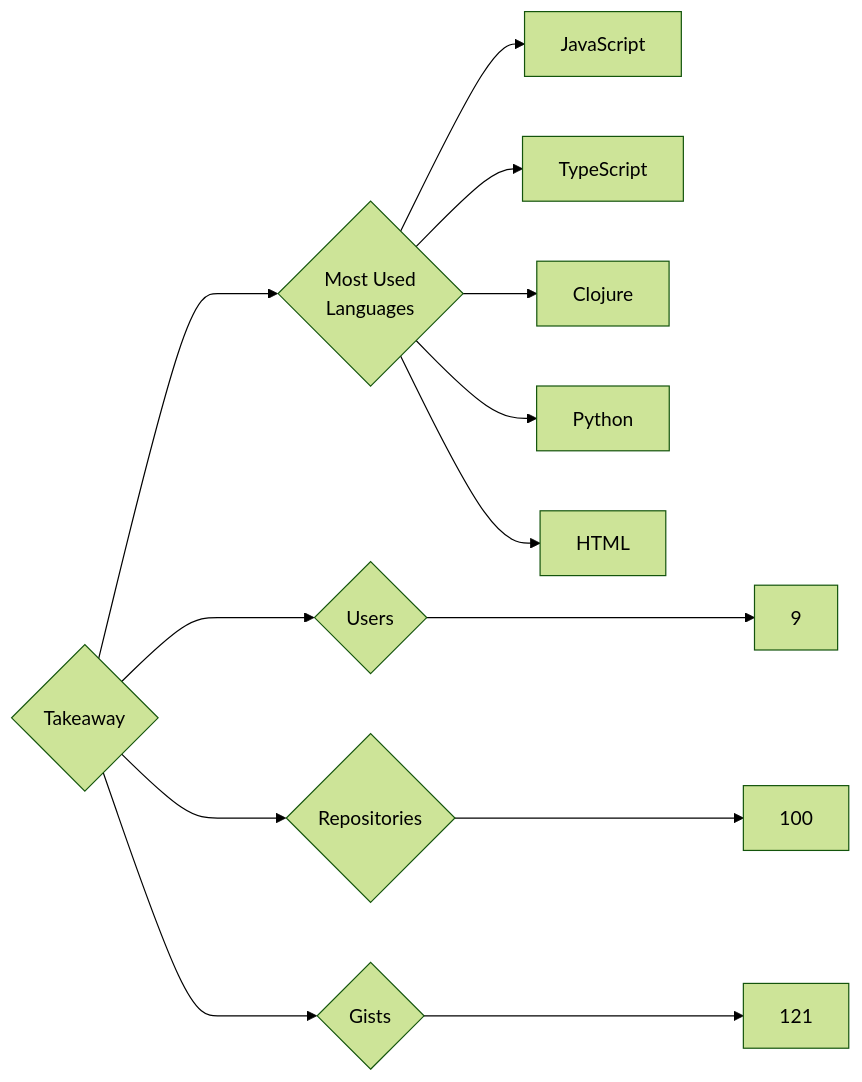
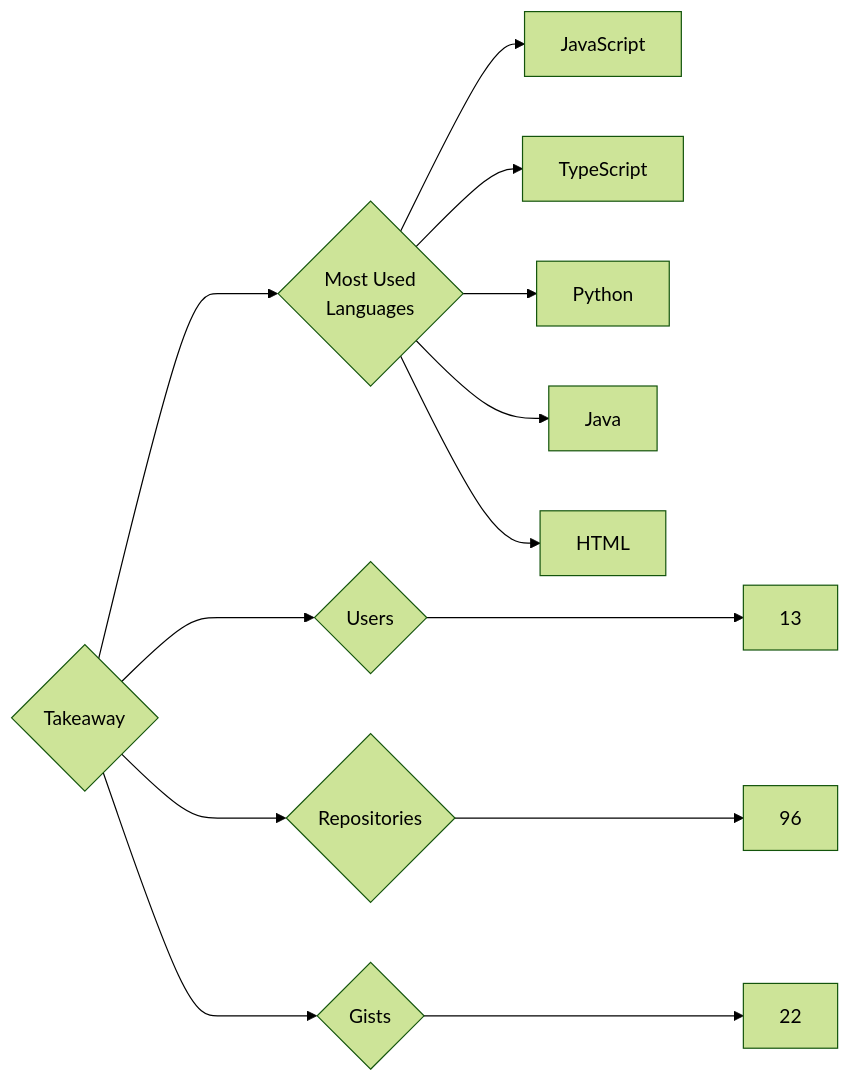
The diagram in targets/Takeaway/README.md (trickest/insiders), drawn with Mermaid (forest theme) before and after one commit. The commit also changed 1508 other files, not shown here.

````diff
--- a/targets/Takeaway/README.md
+++ b/targets/Takeaway/README.md
@@ -3,13 +3,13 @@
 ```mermaid
 graph LR
 COMPANY_NAME{Takeaway}
-COMPANY_NAME ---> U{Users} ---> UN[9]
-COMPANY_NAME ---> R{Repositories} ---> RN[100]
-COMPANY_NAME ---> G{Gists} ---> GN[121]
+COMPANY_NAME ---> U{Users} ---> UN[13]
+COMPANY_NAME ---> R{Repositories} ---> RN[96]
+COMPANY_NAME ---> G{Gists} ---> GN[22]
 COMPANY_NAME ---> ML{Most Used<br>Languages}
 ML --> JavaScript[JavaScript]
 ML --> TypeScript[TypeScript]
-ML --> Clojure[Clojure]
 ML --> Python[Python]
+ML --> Java[Java]
 ML --> HTML[HTML]
 ```
````
